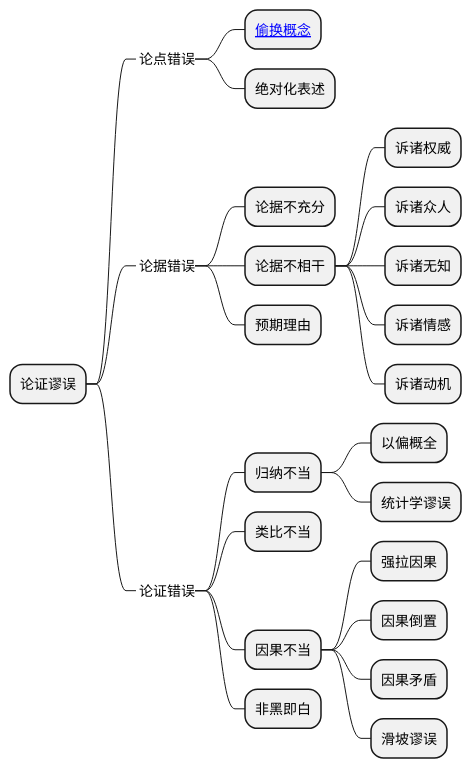
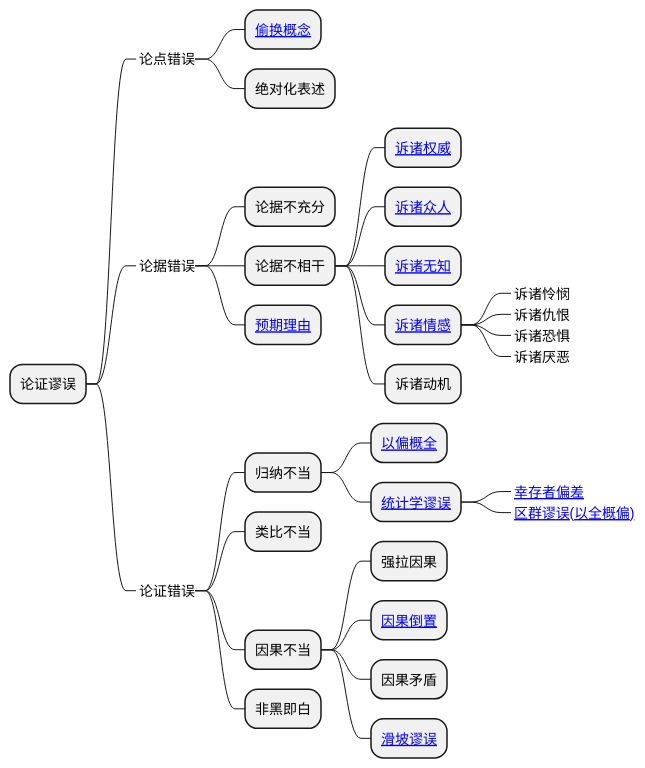
One commit to holmofy/blog.hufeifei.cn changed the sixth of 6 diagrams in source/_posts/logic/logic.md. Above: the diagram before and after it, drawn with PlantUML.

````diff
--- a/source/_posts/logic/logic.md
+++ b/source/_posts/logic/logic.md
@@ -174,28 +174,34 @@
 ```plantuml
 @startmindmap
 * 论证谬误
 **_ 论点错误
 *** [[https://baike.baidu.com/item/偷换概念/6714008 偷换概念]]
 *** 绝对化表述
 **_ 论据错误
 *** 论据不充分
 *** 论据不相干
-**** 诉诸权威
-**** 诉诸众人
-**** 诉诸无知
-**** 诉诸情感
+**** [[https://baike.baidu.com/item/诉诸权威 诉诸权威]]
+**** [[https://baike.baidu.com/item/诉诸大众 诉诸众人]]
+**** [[https://baike.baidu.com/item/诉诸无知 诉诸无知]]
+**** [[https://baike.baidu.com/item/诉诸情感 诉诸情感]]
+*****_ 诉诸怜悯
+*****_ 诉诸仇恨
+*****_ 诉诸恐惧
+*****_ 诉诸厌恶
 **** 诉诸动机
-*** 预期理由
+*** [[https://baike.baidu.com/item/预期理由 预期理由]]
 **_ 论证错误
 *** 归纳不当
-**** 以偏概全
-**** 统计学谬误
+**** [[https://baike.baidu.com/item/以偏概全 以偏概全]]
+**** [[https://baike.baidu.com/item/统计陷阱/3778566 统计学谬误]]
+*****_ [[https://baike.baidu.com/item/幸存者偏差/10313799 幸存者偏差]]
+*****_ [[https://baike.baidu.com/item/区群谬误 区群谬误(以全概偏)]]
 *** 类比不当
 *** 因果不当
 **** 强拉因果
-**** 因果倒置
+**** [[https://baike.baidu.com/item/因果倒置 因果倒置]]
 **** 因果矛盾
-**** 滑坡谬误
+**** [[https://baike.baidu.com/item/滑坡谬误 滑坡谬误]]
 *** 非黑即白
 @endmindmap
 ```
````
